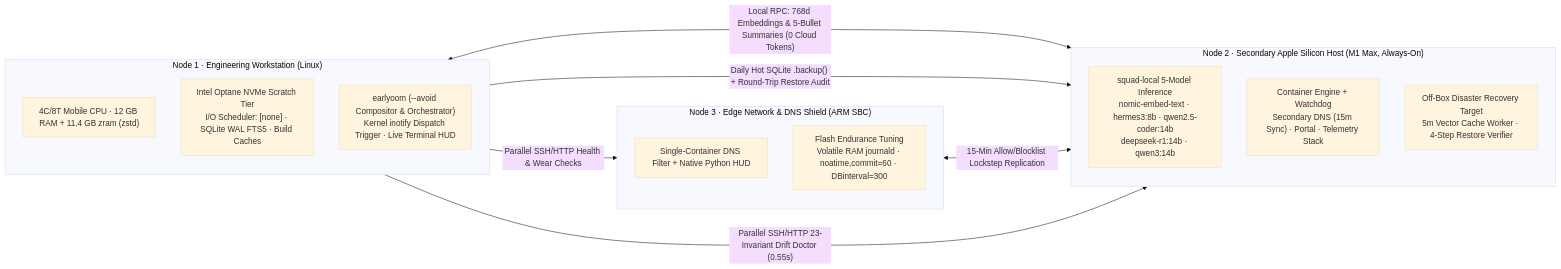
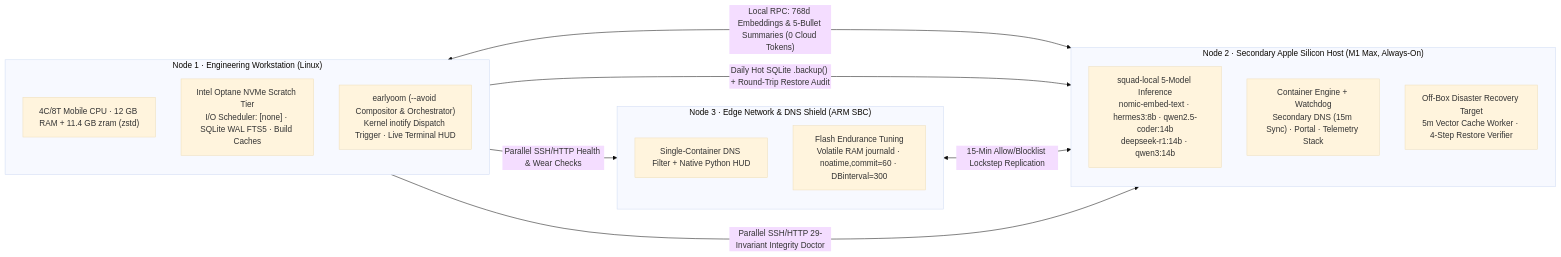
The second of 3 diagrams in 02_AI-Systems-Architecture/00-Cognitive-Architecture-Overview.md (jhathcock-sys/Public-Showcase), drawn with Mermaid (base theme) before and after one commit. The commit also changed other lines of this file and 5 other files, not shown here.

````diff
--- a/02_AI-Systems-Architecture/00-Cognitive-Architecture-Overview.md
+++ b/02_AI-Systems-Architecture/00-Cognitive-Architecture-Overview.md
@@ -95,25 +95,25 @@
 ```mermaid
 flowchart LR
     subgraph N1 ["Node 1 · Engineering Workstation (Linux)"]
         W_CPU["4C/8T Mobile CPU · 12 GB RAM + 11.4 GB zram (zstd)"]
         W_Optane["Intel Optane NVMe Scratch Tier\nI/O Scheduler: [none] · SQLite WAL FTS5 · Build Caches"]
         W_Guard["earlyoom (--avoid Compositor & Orchestrator)\nKernel inotify Dispatch Trigger · Live Terminal HUD"]
     end
 
     subgraph N2 ["Node 2 · Secondary Apple Silicon Host (M1 Max, Always-On)"]
         S_Emb["squad-local 5-Model Inference\nnomic-embed-text · hermes3:8b · qwen2.5-coder:14b\ndeepseek-r1:14b · qwen3:14b"]
         S_Docker["Container Engine + Watchdog\nSecondary DNS (15m Sync) · Portal · Telemetry Stack"]
         S_DR["Off-Box Disaster Recovery Target\n5m Vector Cache Worker · 4-Step Restore Verifier"]
     end
 
     subgraph N3 ["Node 3 · Edge Network & DNS Shield (ARM SBC)"]
         P_DNS["Single-Container DNS Filter + Native Python HUD"]
         P_Wear["Flash Endurance Tuning\nVolatile RAM journald · noatime,commit=60 · DBinterval=300"]
     end
 
     N1 <-->|"Local RPC: 768d Embeddings & 5-Bullet Summaries (0 Cloud Tokens)"| N2
     N1 -->|"Daily Hot SQLite .backup() + Round-Trip Restore Audit"| N2
     N3 <-->|"15-Min Allow/Blocklist Lockstep Replication"| N2
-    N1 -->|"Parallel SSH/HTTP 23-Invariant Drift Doctor (0.55s)"| N2
+    N1 -->|"Parallel SSH/HTTP 29-Invariant Integrity Doctor"| N2
     N1 -->|"Parallel SSH/HTTP Health & Wear Checks"| N3
 ```
````
